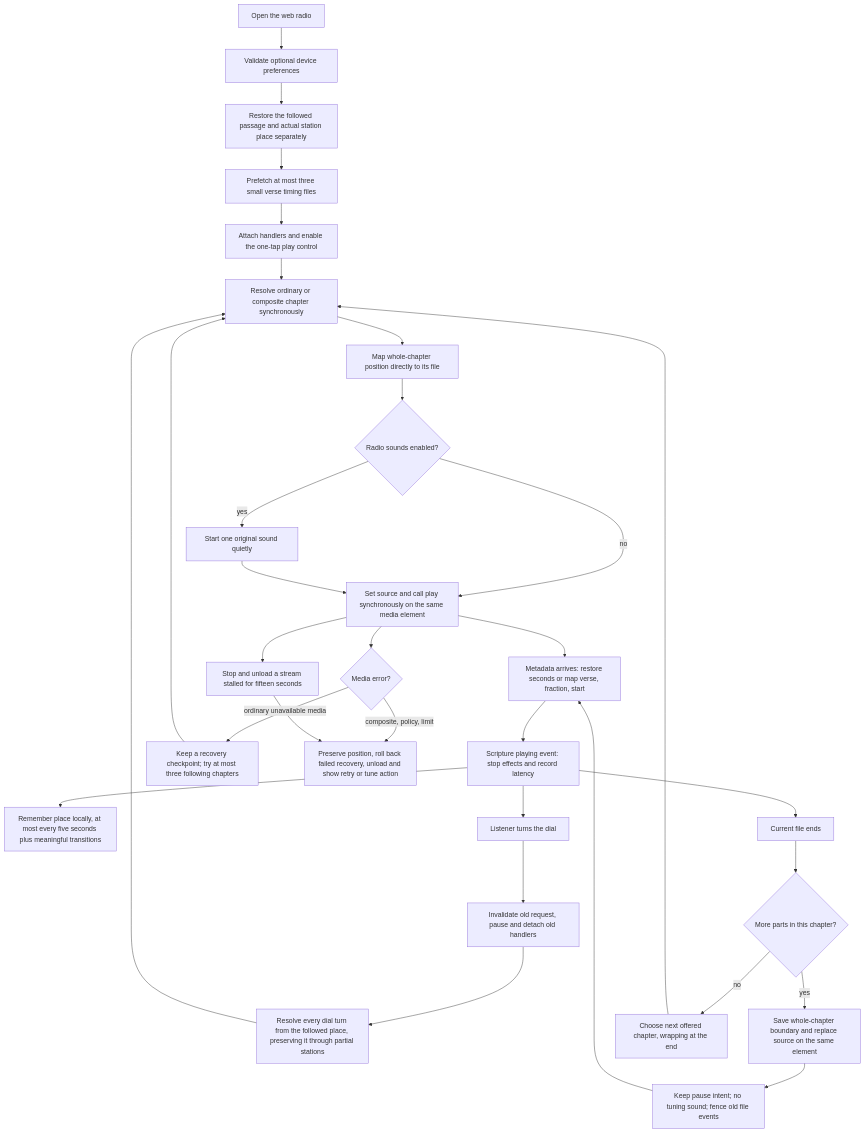
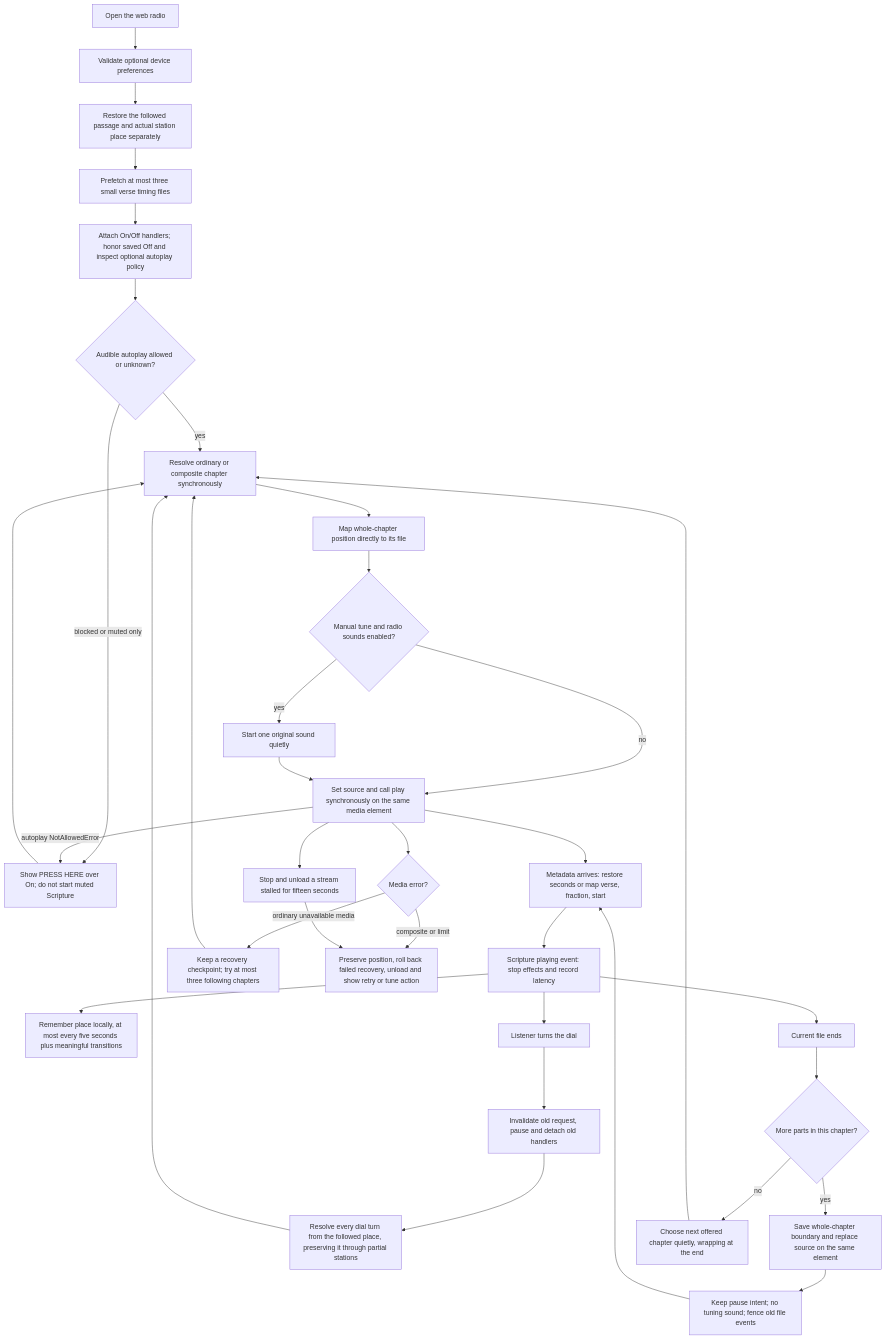
One commit to loveJesus/audiobiblerad.io-chirho changed the diagram in spec-chirho/workflows-chirho/tune_in_workflow_chirho.md. Above: the diagram before and after it, drawn with Mermaid. The commit also changed other lines of this file and 40 other files, not shown here.

First line of the commit message:
Make the radio the interface with four skins and synchronized knobs chirho

````diff
--- a/spec-chirho/workflows-chirho/tune_in_workflow_chirho.md
+++ b/spec-chirho/workflows-chirho/tune_in_workflow_chirho.md
@@ -7,33 +7,37 @@
 ```mermaid
 flowchart TD
     open_chirho[Open the web radio] --> memory_chirho[Validate optional device preferences]
     memory_chirho --> place_chirho[Restore the followed passage and actual station place separately]
     place_chirho --> timings_chirho[Prefetch at most three small verse timing files]
-    timings_chirho --> tap_chirho[Attach handlers and enable the one-tap play control]
-    tap_chirho --> locate_chirho[Resolve ordinary or composite chapter synchronously]
+    timings_chirho --> tap_chirho[Attach On/Off handlers; honor saved Off and inspect optional autoplay policy]
+    tap_chirho --> policy_chirho{Audible autoplay allowed or unknown?}
+    policy_chirho -- yes --> locate_chirho
+    policy_chirho -- blocked or muted only --> gesture_chirho[Show PRESS HERE over On; do not start muted Scripture]
+    gesture_chirho --> locate_chirho[Resolve ordinary or composite chapter synchronously]
     locate_chirho --> part_chirho[Map whole-chapter position directly to its file]
-    part_chirho --> noise_chirho{Radio sounds enabled?}
+    part_chirho --> noise_chirho{Manual tune and radio sounds enabled?}
     noise_chirho -- yes --> effects_chirho[Start one original sound quietly]
     noise_chirho -- no --> play_chirho
     effects_chirho --> play_chirho[Set source and call play synchronously on the same media element]
     play_chirho --> metadata_chirho[Metadata arrives: restore seconds or map verse, fraction, start]
     metadata_chirho --> playing_chirho[Scripture playing event: stop effects and record latency]
     playing_chirho --> memory_save_chirho[Remember place locally, at most every five seconds plus meaningful transitions]
     playing_chirho --> turn_chirho[Listener turns the dial]
     turn_chirho --> cancel_chirho[Invalidate old request, pause and detach old handlers]
     cancel_chirho --> anchor_chirho[Resolve every dial turn from the followed place, preserving it through partial stations]
     anchor_chirho --> locate_chirho
     playing_chirho --> ended_chirho[Current file ends]
     ended_chirho --> more_chirho{More parts in this chapter?}
     more_chirho -- yes --> boundary_chirho[Save whole-chapter boundary and replace source on the same element]
     boundary_chirho --> continuation_chirho[Keep pause intent; no tuning sound; fence old file events]
     continuation_chirho --> metadata_chirho
-    more_chirho -- no --> next_chirho[Choose next offered chapter, wrapping at the end]
+    more_chirho -- no --> next_chirho[Choose next offered chapter quietly, wrapping at the end]
     next_chirho --> locate_chirho
     play_chirho --> error_chirho{Media error?}
     error_chirho -- ordinary unavailable media --> recover_chirho[Keep a recovery checkpoint; try at most three following chapters]
     recover_chirho --> locate_chirho
-    error_chirho -- composite, policy, limit --> stop_chirho[Preserve position, roll back failed recovery, unload and show retry or tune action]
+    error_chirho -- composite or limit --> stop_chirho[Preserve position, roll back failed recovery, unload and show retry or tune action]
+    play_chirho -- autoplay NotAllowedError --> gesture_chirho
     play_chirho --> timeout_chirho[Stop and unload a stream stalled for fifteen seconds]
     timeout_chirho --> stop_chirho
 ```
````
